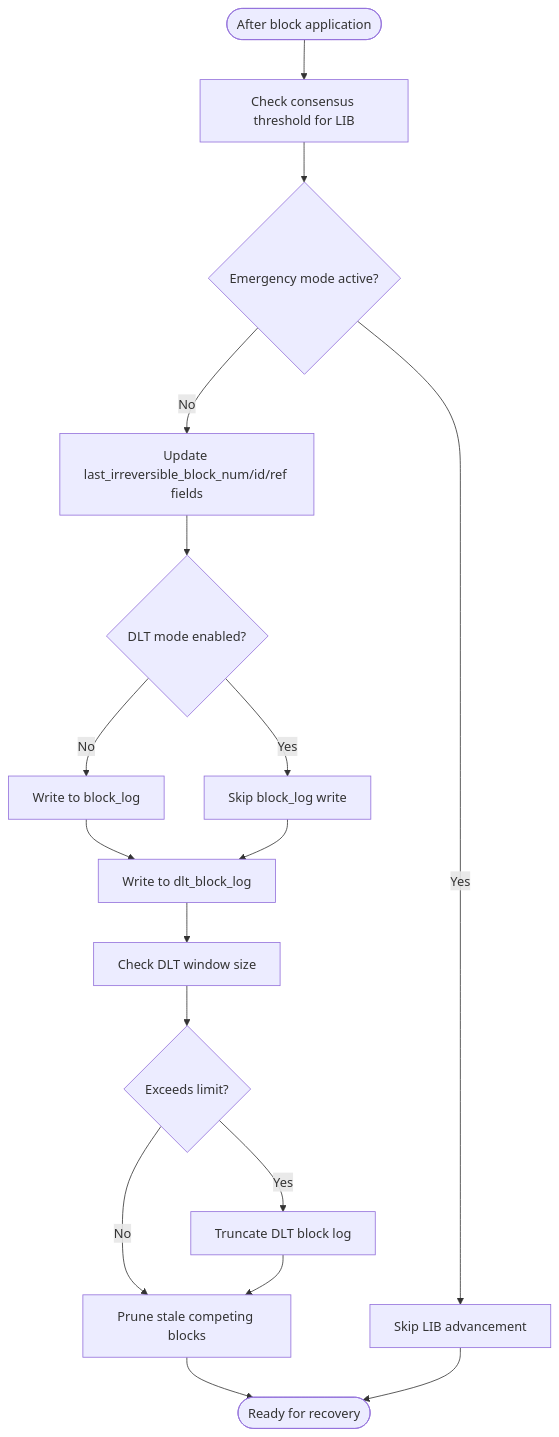
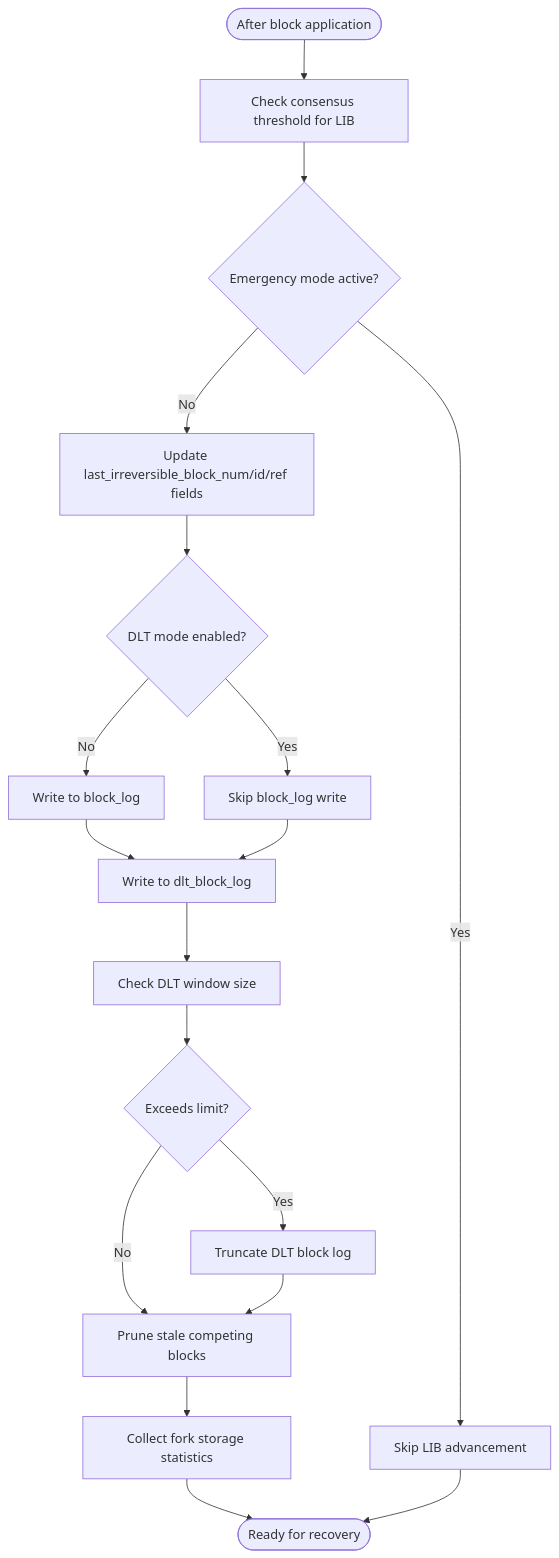
The tenth of 20 diagrams in .qoder/repowiki/en/content/Architecture Overview/Core Libraries/Chain Library/Fork Resolution and Consensus.md (VIZ-Blockchain/viz-cpp-node), drawn with Mermaid before and after one commit. The commit also changed other lines of this file and 7 other files, not shown here.

````diff
--- a/.qoder/repowiki/en/content/Architecture Overview/Core Libraries/Chain Library/Fork Resolution and Consensus.md
+++ b/.qoder/repowiki/en/content/Architecture Overview/Core Libraries/Chain Library/Fork Resolution and Consensus.md
@@ -511,19 +534,20 @@
 ```mermaid
 flowchart TD
 Start(["After block application"]) --> CheckLIB["Check consensus threshold for LIB"]
 CheckLIB --> CheckEmergency{"Emergency mode active?"}
 CheckEmergency --> |Yes| SkipLIB["Skip LIB advancement"]
 CheckEmergency --> |No| UpdateLIB["Update last_irreversible_block_num/id/ref fields"]
 UpdateLIB --> CheckDLT{"DLT mode enabled?"}
 CheckDLT --> |Yes| SkipBlockLog["Skip block_log write"]
 CheckDLT --> |No| WriteBlockLog["Write to block_log"]
 WriteBlockLog --> WriteDLT["Write to dlt_block_log"]
 SkipBlockLog --> WriteDLT
 WriteDLT --> CheckDLTWindow["Check DLT window size"]
 CheckDLTWindow --> Truncate{"Exceeds limit?"}
 Truncate --> |Yes| TruncateDLT["Truncate DLT block log"]
 Truncate --> |No| PruneStale["Prune stale competing blocks"]
 TruncateDLT --> PruneStale
-PruneStale --> End(["Ready for recovery"])
+PruneStale --> CollectStats["Collect fork storage statistics"]
+CollectStats --> End(["Ready for recovery"])
 SkipLIB --> End
 ```
````
